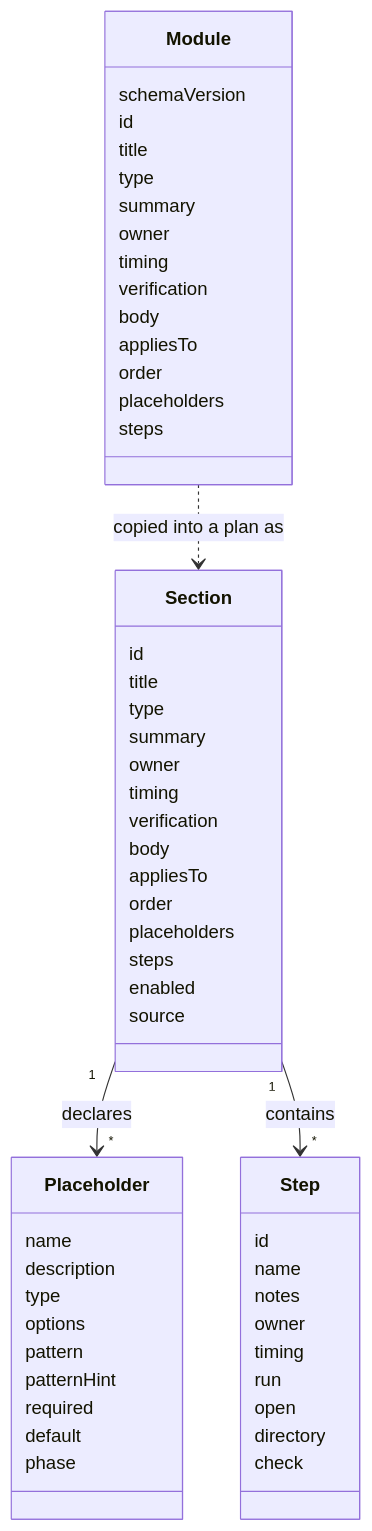
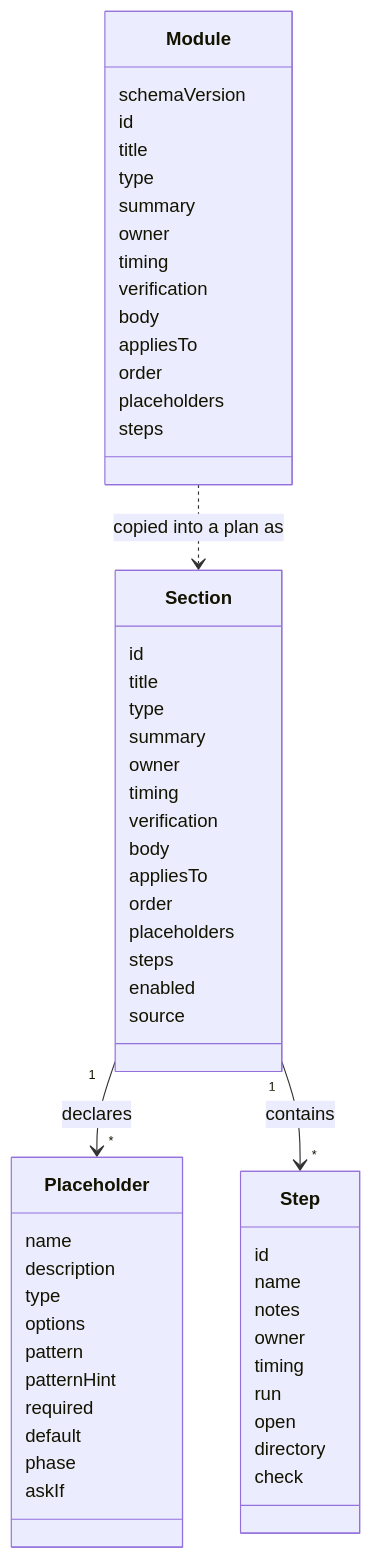
Before and after one commit to 8thlight-daveloper/onboard-kit: the diagram in docs/architecture/05-module-schema.md, drawn with Mermaid. The commit also changed other lines of this file and 6 other files, not shown here.

Commit message:
Add question conditions to the module schema

````diff
--- a/docs/architecture/05-module-schema.md
+++ b/docs/architecture/05-module-schema.md
@@ -7,60 +7,61 @@
 ```mermaid
 classDiagram
     class Module {
         schemaVersion
         id
         title
         type
         summary
         owner
         timing
         verification
         body
         appliesTo
         order
         placeholders
         steps
     }
     class Section {
         id
         title
         type
         summary
         owner
         timing
         verification
         body
         appliesTo
         order
         placeholders
         steps
         enabled
         source
     }
     class Step {
         id
         name
         notes
         owner
         timing
         run
         open
         directory
         check
     }
     class Placeholder {
         name
         description
         type
         options
         pattern
         patternHint
         required
         default
         phase
+        askIf
     }
 
     Module ..> Section : copied into a plan as
     Section "1" --> "*" Placeholder : declares
     Section "1" --> "*" Step : contains
 ```
````
